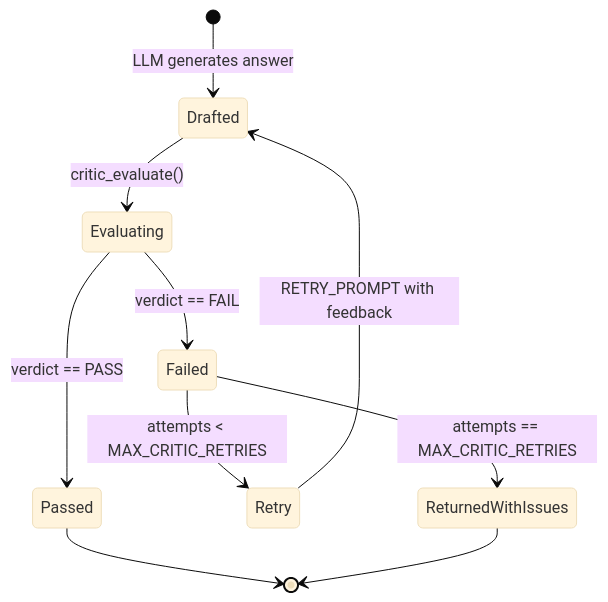
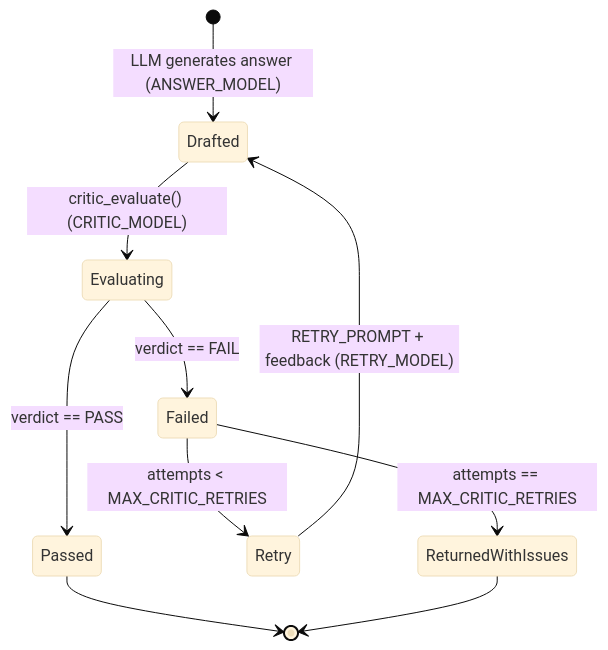
One commit to rajeshthokala10/AgenticAI_Manufacturing changed diagram 11 of 11 in README.md. Above: the diagram before and after it, drawn with Mermaid (base theme). The commit also changed other lines of this file and 26 other files, not shown here.

````diff
--- a/README.md
+++ b/README.md
@@ -361,16 +680,12 @@
 ```mermaid
 stateDiagram-v2
-    [*] --> Drafted: LLM generates answer
-
-    Drafted --> Evaluating: critic_evaluate()
+    [*] --> Drafted: LLM generates answer (ANSWER_MODEL)
+    Drafted --> Evaluating: critic_evaluate() (CRITIC_MODEL)
     Evaluating --> Passed: verdict == PASS
     Evaluating --> Failed: verdict == FAIL
-
     Failed --> Retry: attempts < MAX_CRITIC_RETRIES
     Failed --> ReturnedWithIssues: attempts == MAX_CRITIC_RETRIES
-
-    Retry --> Drafted: RETRY_PROMPT with feedback
-
+    Retry --> Drafted: RETRY_PROMPT + feedback (RETRY_MODEL)
     Passed --> [*]
     ReturnedWithIssues --> [*]
 ```
````
